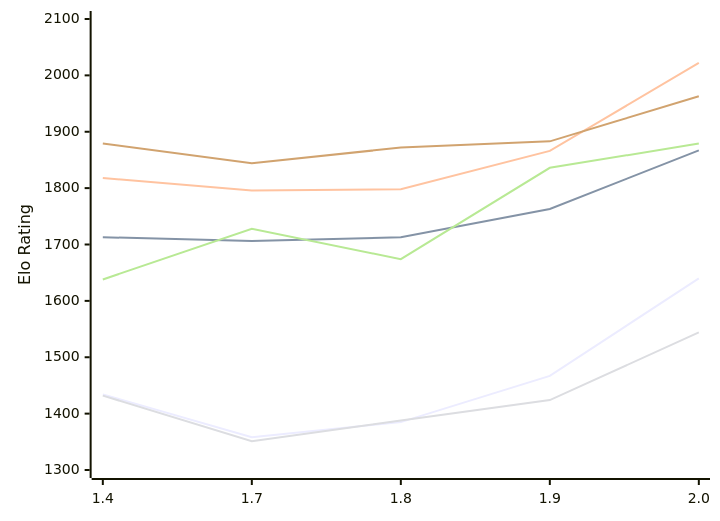
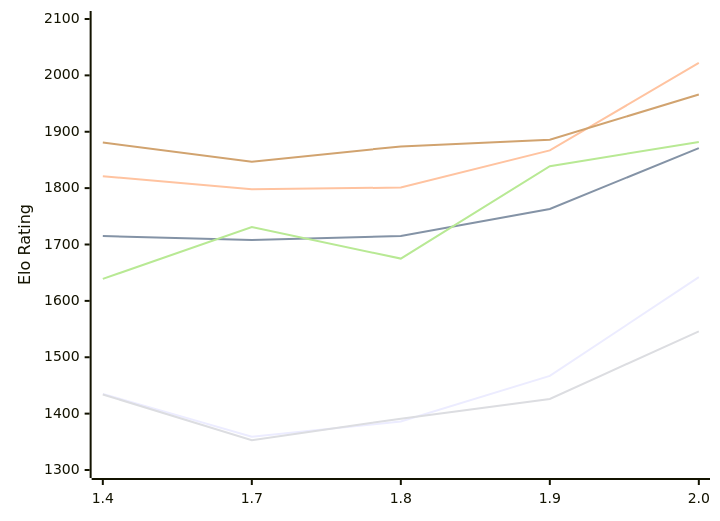
The diagram in engines/Russell.md (computer-chess-index/cci), drawn with Mermaid before and after one commit. The commit also changed other lines of this file, not shown here.

Commit message:
Update CCI Ratings (ELO VLTC) - 2026-11-24

````diff
--- a/engines/Russell.md
+++ b/engines/Russell.md
@@ -55,12 +55,12 @@
 ```mermaid
 %%{init: {"theme":"base","themeVariables":{"seriesColors:['#a3a3a3','#222221','#faa371']}}}%%
 xychart-beta
   x-axis ["1.4", "1.7", "1.8", "1.9", "2.0"]
   y-axis "Elo Rating" 1300 --> 2100
-  line "E1: STC (8.0+0.08s)" [1434, 1358, 1385, 1467, 1640]
-  line "E1: LTC (60.0+0.60s)" [1713, 1706, 1713, 1763, 1867]
-  line "E1: VLTC (2m24s+1.12s)" [1818, 1796, 1798, 1866, 2022]
-  line "P1: STC (8.0+0.08s)" [1432, 1351, 1388, 1424, 1544]
-  line "P1: LTC (60.0+0.60s)" [1638, 1728, 1674, 1836, 1879]
-  line "P1: VLTC (2m24s+1.12s)" [1879, 1844, 1872, 1883, 1963]
+  line "E1: STC (8.0+0.08s)" [1435, 1359, 1386, 1467, 1642]
+  line "E1: LTC (60.0+0.60s)" [1715, 1708, 1715, 1763, 1871]
+  line "E1: VLTC (2m24s+1.12s)" [1821, 1798, 1801, 1867, 2022]
+  line "P1: STC (8.0+0.08s)" [1434, 1353, 1391, 1426, 1546]
+  line "P1: LTC (60.0+0.60s)" [1639, 1731, 1675, 1839, 1882]
+  line "P1: VLTC (2m24s+1.12s)" [1881, 1847, 1874, 1886, 1966]
 ```
````
